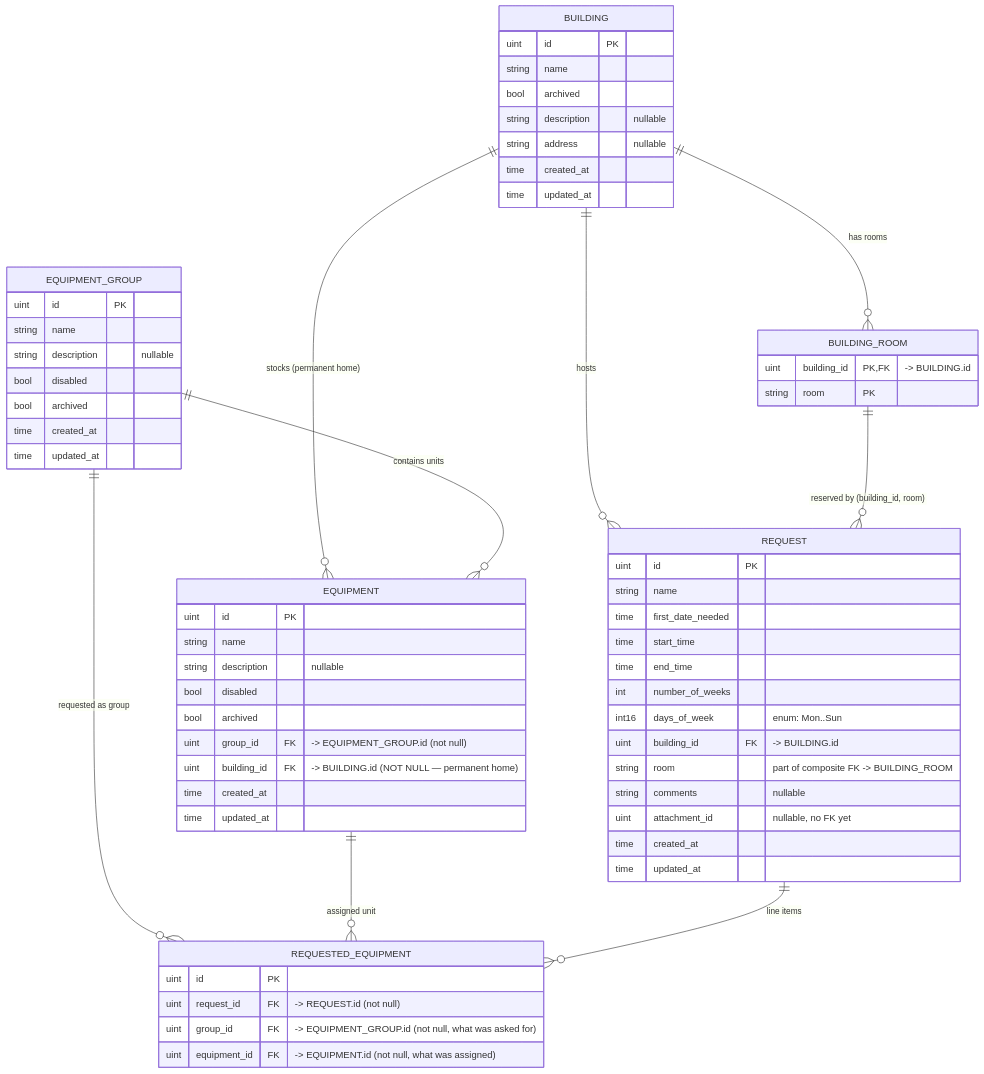
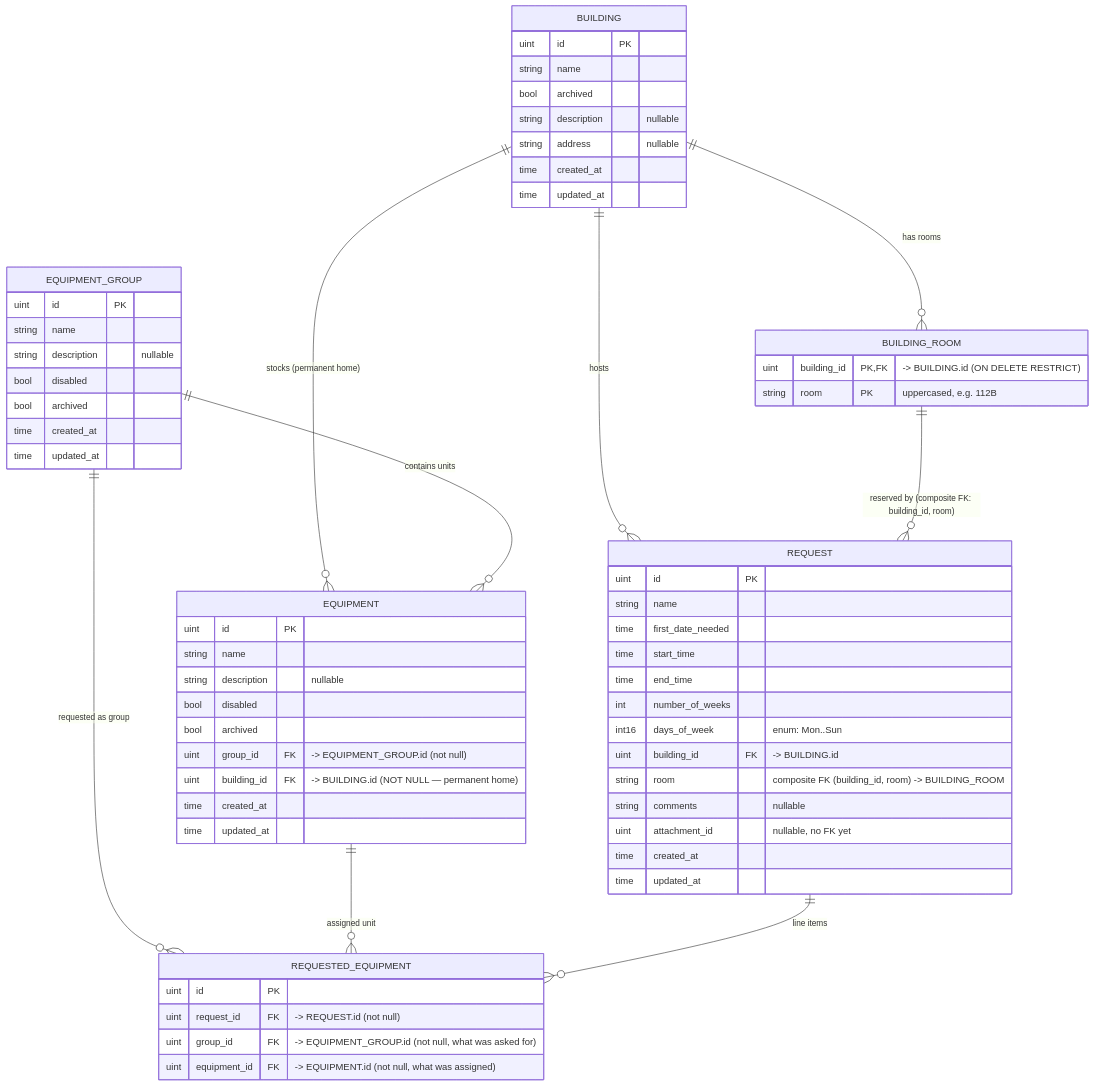
The diagram in docs/ERD/OmniAv_ERD.mmd (ofgrenudo/OmniAV), drawn with Mermaid before and after one commit. The commit also changed 2 other files, not shown here.

```diff
--- a/docs/ERD/OmniAv_ERD.mmd
+++ b/docs/ERD/OmniAv_ERD.mmd
@@ -1,72 +1,72 @@
 erDiagram
     BUILDING ||--o{ BUILDING_ROOM : "has rooms"
     BUILDING ||--o{ EQUIPMENT     : "stocks (permanent home)"
     BUILDING ||--o{ REQUEST       : "hosts"
 
-    BUILDING_ROOM ||--o{ REQUEST  : "reserved by (building_id, room)"
+    BUILDING_ROOM ||--o{ REQUEST  : "reserved by (composite FK: building_id, room)"
 
     EQUIPMENT_GROUP ||--o{ EQUIPMENT           : "contains units"
     EQUIPMENT_GROUP ||--o{ REQUESTED_EQUIPMENT : "requested as group"
 
     EQUIPMENT       ||--o{ REQUESTED_EQUIPMENT : "assigned unit"
     REQUEST         ||--o{ REQUESTED_EQUIPMENT : "line items"
 
     BUILDING {
         uint      id PK
         string    name
         bool      archived
         string    description "nullable"
         string    address     "nullable"
         time      created_at
         time      updated_at
     }
 
     BUILDING_ROOM {
-        uint    building_id PK,FK "-> BUILDING.id"
-        string  room        PK
+        uint    building_id PK,FK "-> BUILDING.id (ON DELETE RESTRICT)"
+        string  room        PK "uppercased, e.g. 112B"
     }
 
     EQUIPMENT_GROUP {
         uint    id PK
         string  name
         string  description "nullable"
         bool    disabled
         bool    archived
         time    created_at
         time    updated_at
     }
 
     EQUIPMENT {
         uint    id           PK
         string  name
         string  description  "nullable"
         bool    disabled
         bool    archived
         uint    group_id     FK "-> EQUIPMENT_GROUP.id (not null)"
         uint    building_id  FK "-> BUILDING.id (NOT NULL — permanent home)"
         time    created_at
         time    updated_at
     }
 
     REQUEST {
         uint    id                 PK
         string  name
         time    first_date_needed
         time    start_time
         time    end_time
         int     number_of_weeks
         int16   days_of_week       "enum: Mon..Sun"
         uint    building_id        FK "-> BUILDING.id"
-        string  room               "part of composite FK -> BUILDING_ROOM"
+        string  room               "composite FK (building_id, room) -> BUILDING_ROOM"
         string  comments           "nullable"
         uint    attachment_id      "nullable, no FK yet"
         time    created_at
         time    updated_at
     }
 
     REQUESTED_EQUIPMENT {
         uint    id            PK
         uint    request_id    FK "-> REQUEST.id (not null)"
         uint    group_id      FK "-> EQUIPMENT_GROUP.id (not null, what was asked for)"
         uint    equipment_id  FK "-> EQUIPMENT.id (not null, what was assigned)"
     }
```
